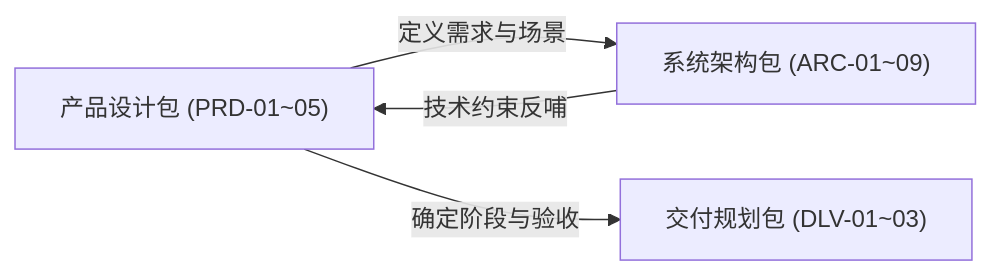
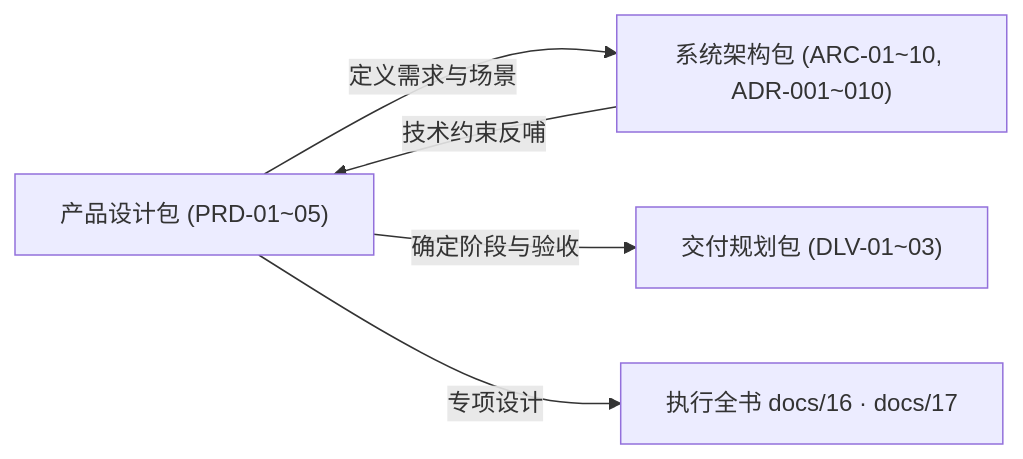
Before and after one commit to JohnMaxwell0123/TripCraft: the diagram in docs/product/README.md, drawn with Mermaid. The commit also changed other lines of this file and 55 other files, not shown here.

````diff
--- a/docs/product/README.md
+++ b/docs/product/README.md
@@ -21,6 +23,7 @@
 ```mermaid
 flowchart LR
-    P["产品设计包 (PRD-01~05)"] -->|定义需求与场景| A["系统架构包 (ARC-01~09)"]
+    P["产品设计包 (PRD-01~05)"] -->|定义需求与场景| A["系统架构包 (ARC-01~10, ADR-001~010)"]
     P -->|确定阶段与验收| D["交付规划包 (DLV-01~03)"]
+    P -->|专项设计| X["执行全书 docs/16 · docs/17"]
     A -->|技术约束反哺| P
 ```
````
